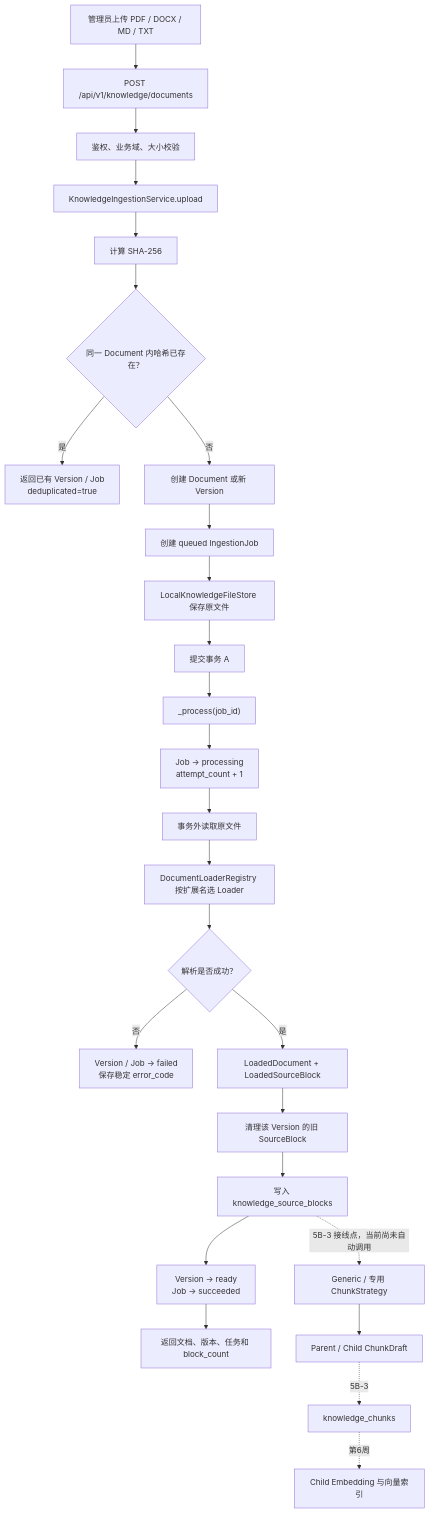
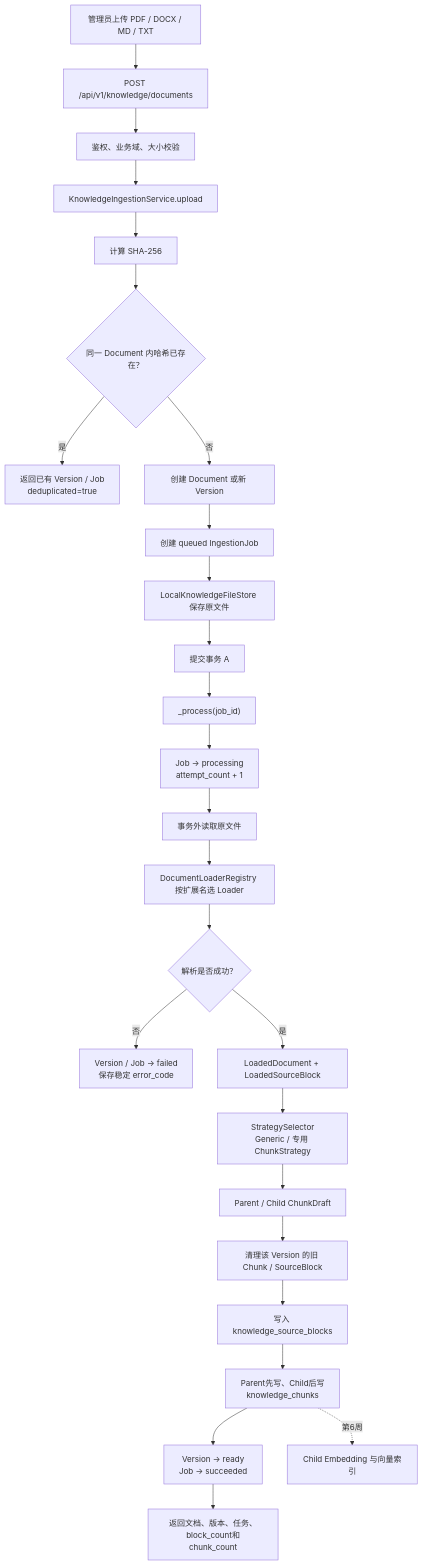
One commit to avalonhqq/agent-action changed the diagram in doc/week5-learning-record.md. Above: the diagram before and after it, drawn with Mermaid. The commit also changed other lines of this file and 34 other files, not shown here.

````diff
--- a/doc/week5-learning-record.md
+++ b/doc/week5-learning-record.md
@@ -770,28 +769,28 @@
 ```mermaid
 flowchart TD
     A["管理员上传 PDF / DOCX / MD / TXT"] --> B["POST /api/v1/knowledge/documents"]
     B --> C["鉴权、业务域、大小校验"]
     C --> D["KnowledgeIngestionService.upload"]
     D --> E["计算 SHA-256"]
     E --> F{"同一 Document 内哈希已存在？"}
     F -- "是" --> G["返回已有 Version / Job<br/>deduplicated=true"]
     F -- "否" --> H["创建 Document 或新 Version"]
     H --> I["创建 queued IngestionJob"]
     I --> J["LocalKnowledgeFileStore 保存原文件"]
     J --> K["提交事务 A"]
     K --> L["_process(job_id)"]
     L --> M["Job → processing<br/>attempt_count + 1"]
     M --> N["事务外读取原文件"]
     N --> O["DocumentLoaderRegistry 按扩展名选 Loader"]
     O --> P{"解析是否成功？"}
     P -- "否" --> Q["Version / Job → failed<br/>保存稳定 error_code"]
     P -- "是" --> R["LoadedDocument + LoadedSourceBlock"]
-    R --> S["清理该 Version 的旧 SourceBlock"]
+    R --> W["StrategySelector<br/>Generic / 专用 ChunkStrategy"]
+    W --> X["Parent / Child ChunkDraft"]
+    X --> S["清理该 Version 的旧 Chunk / SourceBlock"]
     S --> T["写入 knowledge_source_blocks"]
-    T --> U["Version → ready<br/>Job → succeeded"]
-    U --> V["返回文档、版本、任务和 block_count"]
-    T -. "5B-3 接线点，当前尚未自动调用" .-> W["Generic / 专用 ChunkStrategy"]
-    W --> X["Parent / Child ChunkDraft"]
-    X -. "5B-3" .-> Y["knowledge_chunks"]
+    T --> Y["Parent先写、Child后写<br/>knowledge_chunks"]
+    Y --> U["Version → ready<br/>Job → succeeded"]
+    U --> V["返回文档、版本、任务、block_count和chunk_count"]
     Y -. "第6周" .-> Z["Child Embedding 与向量索引"]
 ```
````
